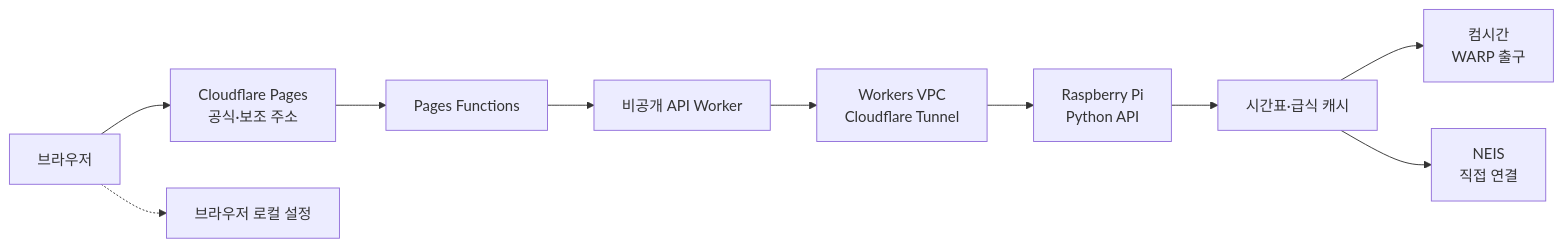
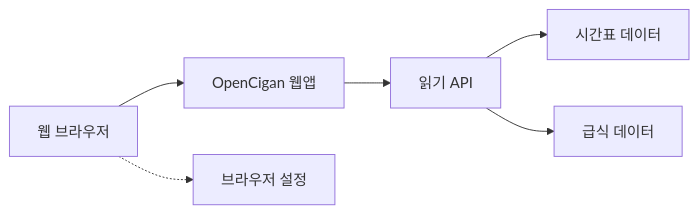
Before and after one commit to Transient-Onlooker/opencigan: the diagram in README.md, drawn with Mermaid. The commit also changed other lines of this file and 12 other files, not shown here.

````diff
--- a/README.md
+++ b/README.md
@@ -41,12 +41,8 @@
 ```mermaid
 flowchart LR
-    User["브라우저"] --> Pages["Cloudflare Pages<br/>공식·보조 주소"]
-    Pages --> Fn["Pages Functions"]
-    Fn --> Worker["비공개 API Worker"]
-    Worker --> VPC["Workers VPC<br/>Cloudflare Tunnel"]
-    VPC --> Pi["Raspberry Pi<br/>Python API"]
-    Pi --> Cache["시간표·급식 캐시"]
-    Cache --> Timetable["컴시간<br/>WARP 출구"]
-    Cache --> Meals["NEIS<br/>직접 연결"]
-    User -.-> Settings["브라우저 로컬 설정"]
+    Client["웹 브라우저"] --> App["OpenCigan 웹앱"]
+    App --> API["읽기 API"]
+    API --> Timetable["시간표 데이터"]
+    API --> Meals["급식 데이터"]
+    Client -.-> Local["브라우저 설정"]
 ```
````
